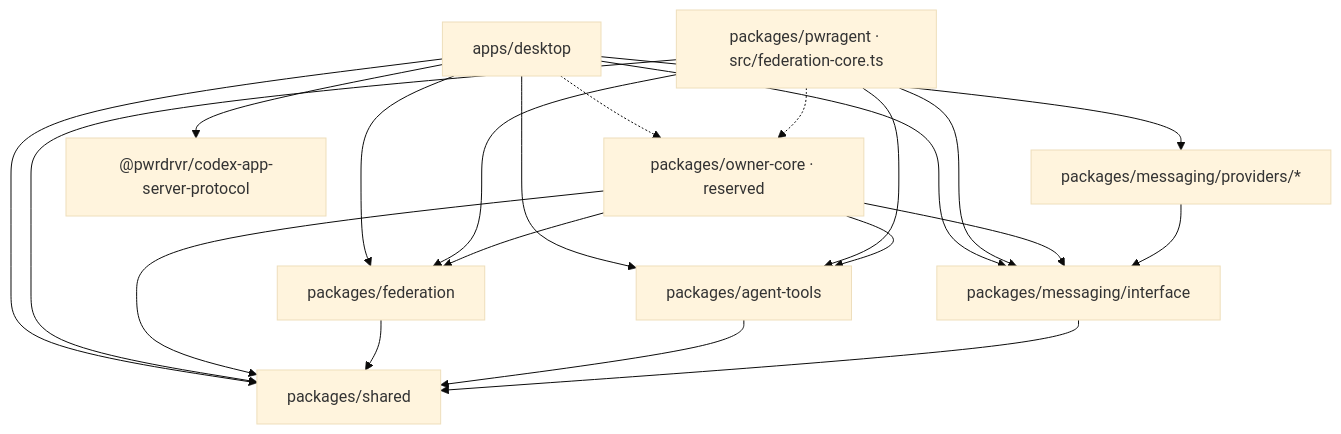
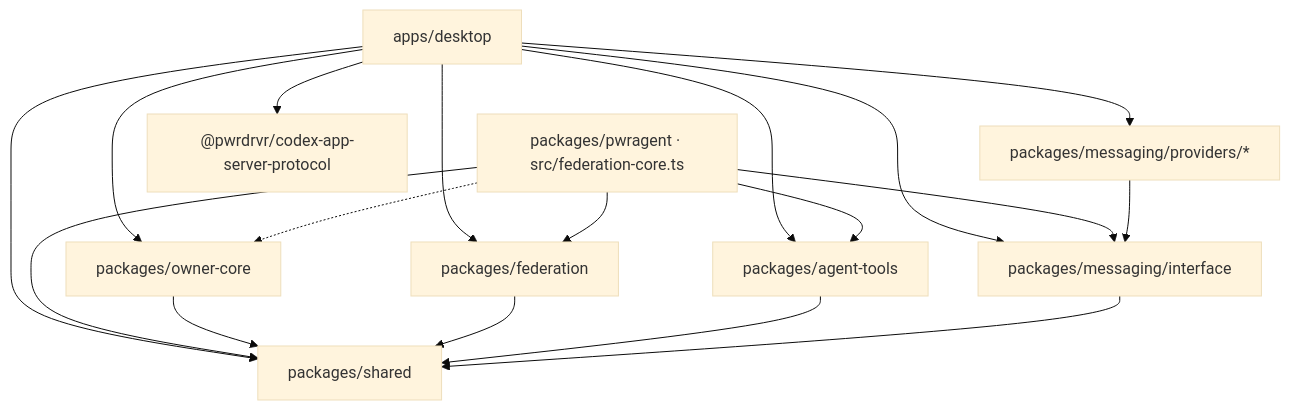
Before and after one commit to pwrdrvr/PwrAgent: the fifth of 5 diagrams in ARCHITECTURE.md, drawn with Mermaid (base theme). The commit also changed other lines of this file and 41 other files, not shown here.

Commit message:
refactor(agent-core): extract owner navigation and title policies

````diff
--- a/ARCHITECTURE.md
+++ b/ARCHITECTURE.md
@@ -327,32 +327,29 @@
 ```mermaid
 graph TB
     DesktopApp["apps/desktop"]
     Outpost["packages/pwragent · src/federation-core.ts"]
-    OwnerCore["packages/owner-core · reserved"]
+    OwnerCore["packages/owner-core"]
     Federation["packages/federation"]
     AgentTools["packages/agent-tools"]
     MsgProviders["packages/messaging/providers/*"]
     MsgInterface["packages/messaging/interface"]
     Shared["packages/shared"]
 
     DesktopApp --> MsgProviders
     DesktopApp --> MsgInterface
     DesktopApp --> Shared
     DesktopApp --> Federation
     DesktopApp --> AgentTools
-    DesktopApp -.-> OwnerCore
+    DesktopApp --> OwnerCore
     DesktopApp --> CodexProto["@pwrdrvr/codex-app-server-protocol"]
     Outpost --> Federation
     Outpost --> AgentTools
     Outpost --> Shared
     Outpost --> MsgInterface
     Outpost -.-> OwnerCore
-    OwnerCore --> Federation
-    OwnerCore --> AgentTools
-    OwnerCore --> MsgInterface
     OwnerCore --> Shared
     Federation --> Shared
     AgentTools --> Shared
     MsgProviders --> MsgInterface
     MsgInterface --> Shared
 ```
````
